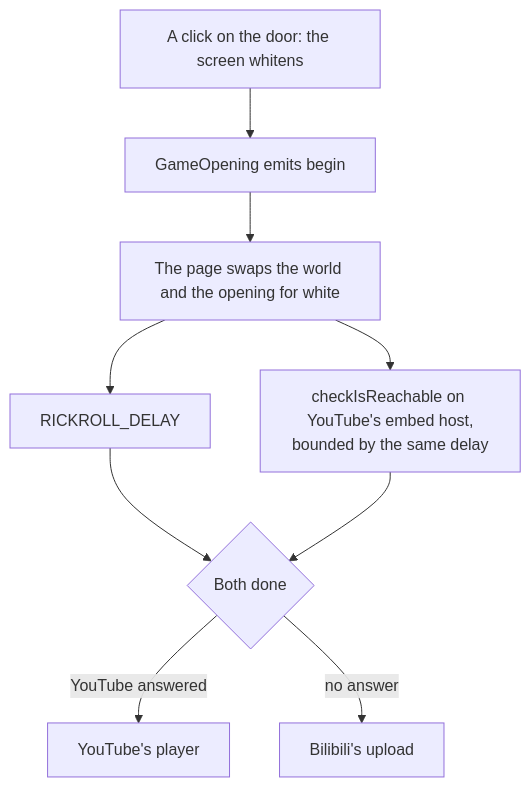
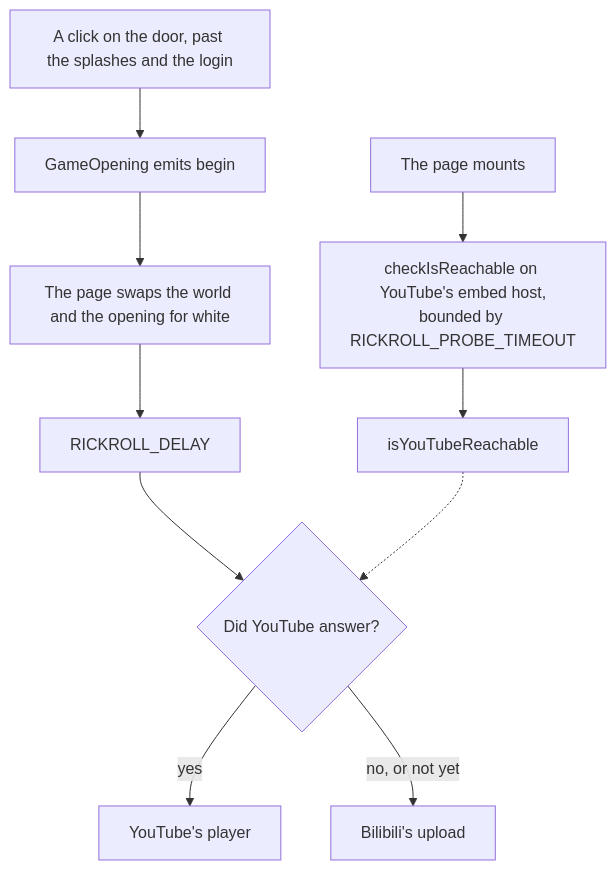
The diagram in apps/web/content/docs/genshin/rickroll.md (Esposter/Esposter), drawn with Mermaid before and after one commit. The commit also changed other lines of this file and 4 other files, not shown here.

First line of the commit message:
fix(genshin): probe YouTube as the page loads so every reader's rickroll starts as the white ends

````diff
--- a/apps/web/content/docs/genshin/rickroll.md
+++ b/apps/web/content/docs/genshin/rickroll.md
@@ -12,11 +12,12 @@
 ```mermaid
 flowchart TD
-  Door["A click on the door: the screen whitens"] --> Begin["GameOpening emits begin"]
+  Mount["The page mounts"] --> Probe["checkIsReachable on YouTube's embed host,<br/>bounded by RICKROLL_PROBE_TIMEOUT"]
+  Probe --> Answer["isYouTubeReachable"]
+  Door["A click on the door, past the splashes and the login"] --> Begin["GameOpening emits begin"]
   Begin --> White["The page swaps the world and the opening for white"]
   White --> Hold["RICKROLL_DELAY"]
-  White --> Probe["checkIsReachable on YouTube's embed host,<br/>bounded by the same delay"]
-  Hold --> Both{"Both done"}
-  Probe --> Both
-  Both -- "YouTube answered" --> YouTube["YouTube's player"]
-  Both -- "no answer" --> Bilibili["Bilibili's upload"]
+  Hold --> Read{"Did YouTube answer?"}
+  Answer -.-> Read
+  Read -- yes --> YouTube["YouTube's player"]
+  Read -- "no, or not yet" --> Bilibili["Bilibili's upload"]
 ```
````
